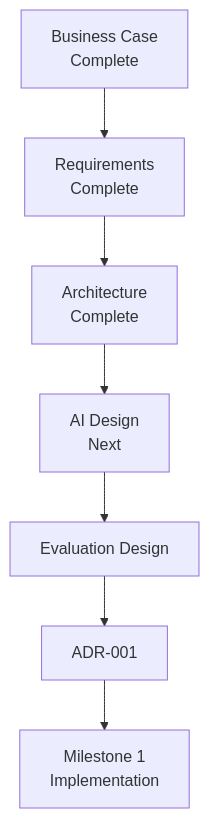
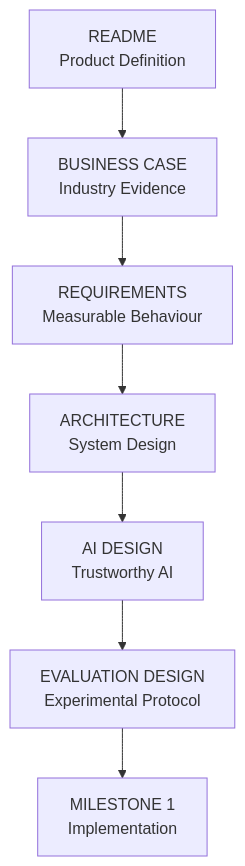
One commit to hammedfataio/Sigvora changed the third of 3 diagrams in README.md. Above: the diagram before and after it, drawn with Mermaid. The commit also changed other lines of this file, not shown here.

````diff
--- a/README.md
+++ b/README.md
@@ -376,24 +483,24 @@
 ```mermaid
 flowchart TD
 
-    A["Business Case<br/>Complete"]
+    A["README<br/>Product Definition"]
 
-    B["Requirements<br/>Complete"]
+    B["BUSINESS CASE<br/>Industry Evidence"]
 
-    C["Architecture<br/>Complete"]
+    C["REQUIREMENTS<br/>Measurable Behaviour"]
 
-    D["AI Design<br/>Next"]
+    D["ARCHITECTURE<br/>System Design"]
 
-    E["Evaluation Design"]
+    E["AI DESIGN<br/>Trustworthy AI"]
 
-    F["ADR-001"]
+    F["EVALUATION DESIGN<br/>Experimental Protocol"]
 
-    G["Milestone 1<br/>Implementation"]
+    G["MILESTONE 1<br/>Implementation"]
 
     A --> B
     B --> C
     C --> D
     D --> E
     E --> F
     F --> G
 ```
````
